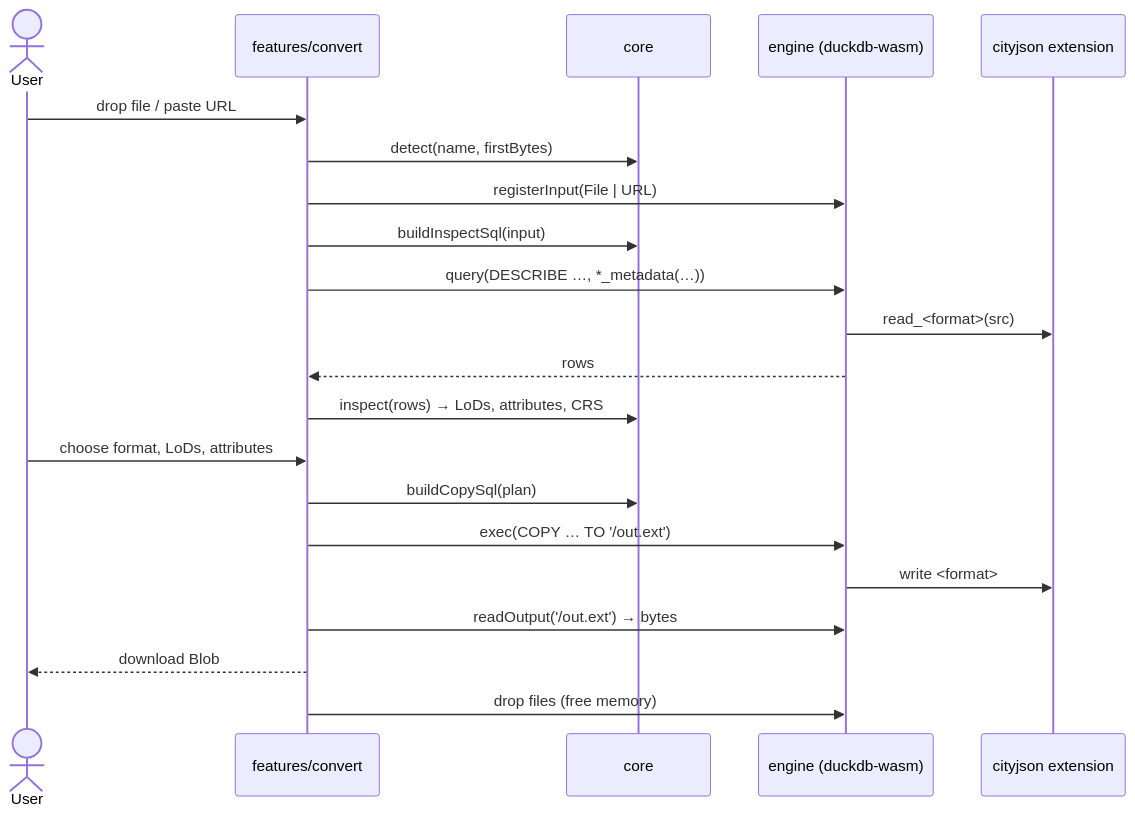
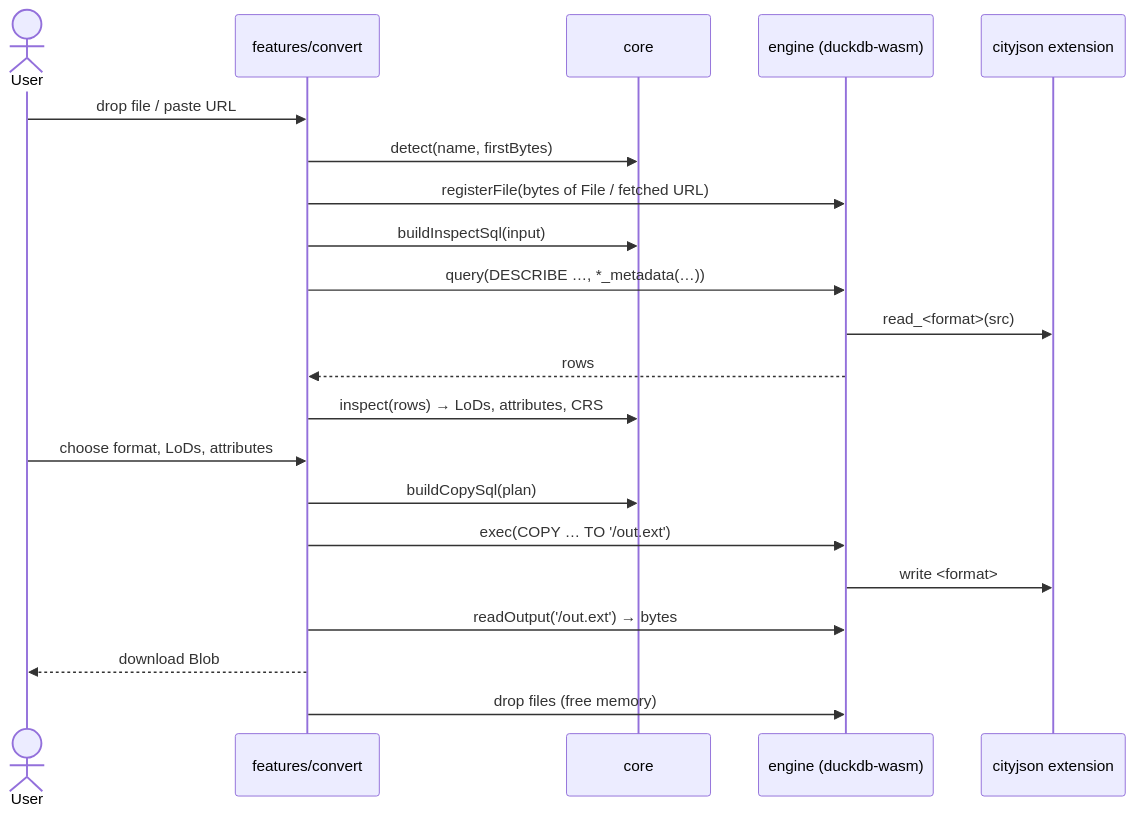
Before and after one commit to cityjson/convert: the third of 7 diagrams in docs/idea.md, drawn with Mermaid. The commit also changed other lines of this file and 3 other files, not shown here.

Commit message:
docs: record the built architecture, v1.5.6 pin and spike follow-up

````diff
--- a/docs/idea.md
+++ b/docs/idea.md
@@ -97,24 +98,24 @@
 ```mermaid
 sequenceDiagram
     actor U as User
     participant UI as features/convert
     participant C as core
     participant E as engine (duckdb-wasm)
     participant X as cityjson extension
 
     U->>UI: drop file / paste URL
     UI->>C: detect(name, firstBytes)
-    UI->>E: registerInput(File | URL)
+    UI->>E: registerFile(bytes of File / fetched URL)
     UI->>C: buildInspectSql(input)
     UI->>E: query(DESCRIBE …, *_metadata(…))
     E->>X: read_<format>(src)
     E-->>UI: rows
     UI->>C: inspect(rows) → LoDs, attributes, CRS
     U->>UI: choose format, LoDs, attributes
     UI->>C: buildCopySql(plan)
     UI->>E: exec(COPY … TO '/out.ext')
     E->>X: write <format>
     UI->>E: readOutput('/out.ext') → bytes
     UI-->>U: download Blob
     UI->>E: drop files (free memory)
 ```
````
